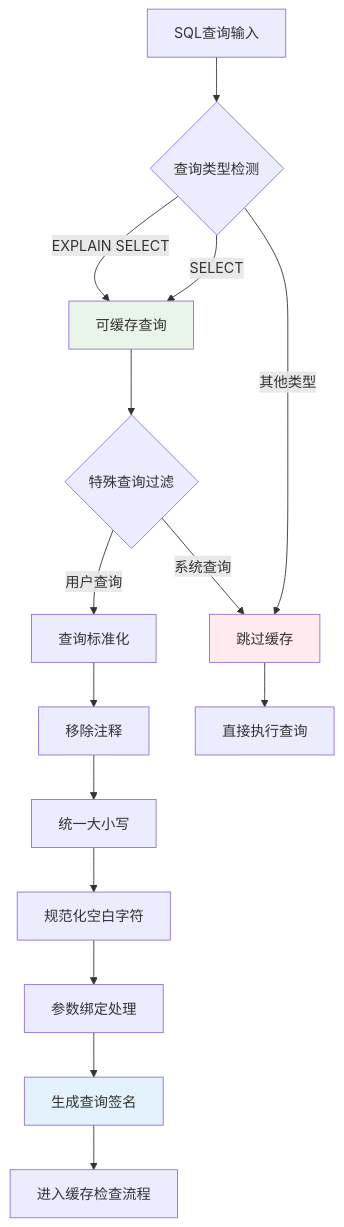
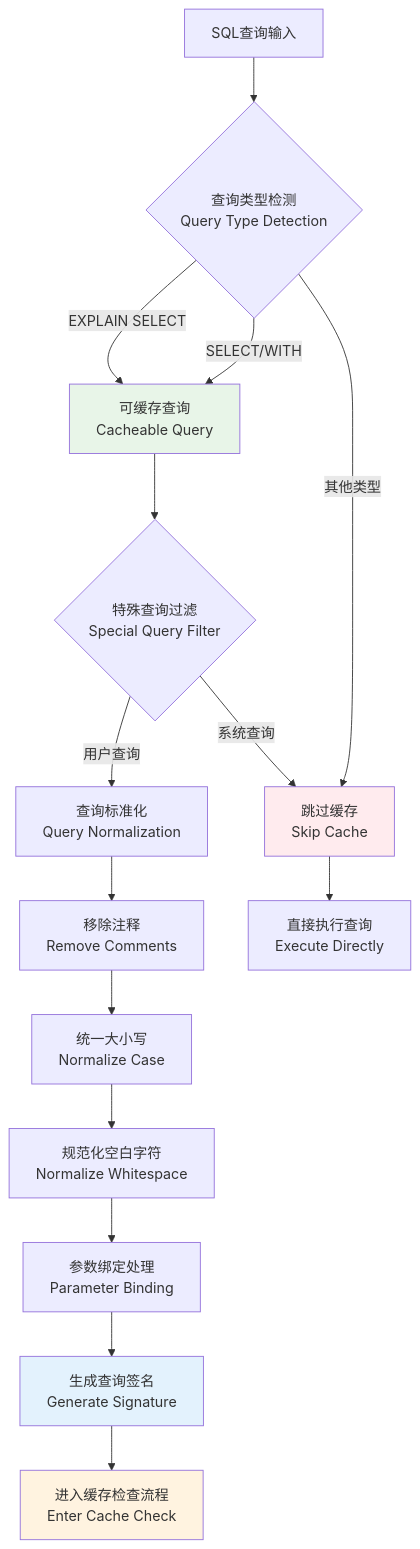
Before and after one commit to crazypenguincode/duckdb: the third of 13 diagrams in md/第三章-动态缓存管理.md, drawn with Mermaid. The commit also changed other lines of this file and 361 other files, not shown here.

````diff
--- a/md/第三章-动态缓存管理.md
+++ b/md/第三章-动态缓存管理.md
@@ -328,25 +488,26 @@
 ```mermaid
 graph TD
-    A[SQL查询输入] --> B{查询类型检测}
+    A[SQL查询输入] --> B{查询类型检测<br/>Query Type Detection}
     
-    B --> |SELECT| C[可缓存查询]
+    B --> |SELECT/WITH| C[可缓存查询<br/>Cacheable Query]
     B --> |EXPLAIN SELECT| C
-    B --> |其他类型| D[跳过缓存]
+    B --> |其他类型| D[跳过缓存<br/>Skip Cache]
     
-    C --> E{特殊查询过滤}
+    C --> E{特殊查询过滤<br/>Special Query Filter}
     E --> |系统查询| D
-    E --> |用户查询| F[查询标准化]
+    E --> |用户查询| F[查询标准化<br/>Query Normalization]
     
-    F --> G[移除注释]
-    G --> H[统一大小写]
-    H --> I[规范化空白字符]
-    I --> J[参数绑定处理]
-    J --> K[生成查询签名]
+    F --> G[移除注释<br/>Remove Comments]
+    G --> H[统一大小写<br/>Normalize Case]
+    H --> I[规范化空白字符<br/>Normalize Whitespace]
+    I --> J[参数绑定处理<br/>Parameter Binding]
+    J --> K[生成查询签名<br/>Generate Signature]
     
-    D --> L[直接执行查询]
-    K --> M[进入缓存检查流程]
+    D --> L[直接执行查询<br/>Execute Directly]
+    K --> M[进入缓存检查流程<br/>Enter Cache Check]
     
     style C fill:#e8f5e8
     style D fill:#ffebee
     style K fill:#e3f2fd
+    style M fill:#fff3e0
 ```
````
